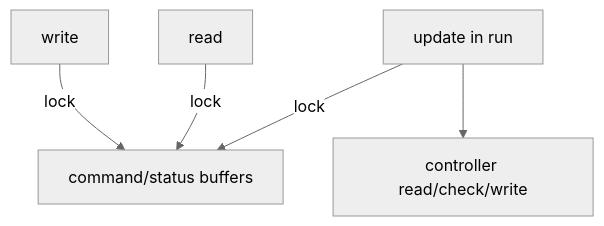
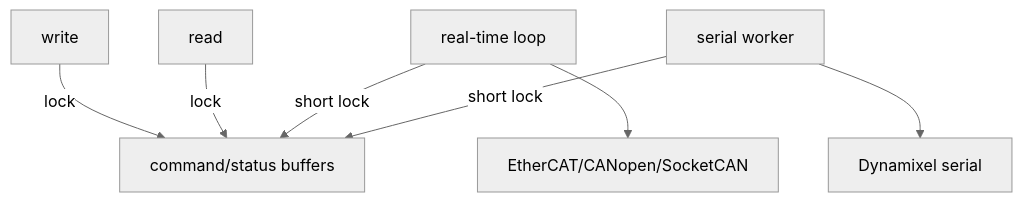
One commit to SeonilChoi/MOTOR-MANAGER changed the second of 2 diagrams in motor_manager/README.md. Above: the diagram before and after it, drawn with Mermaid (neutral theme). The commit also changed other lines of this file and 96 other files, not shown here.

````diff
--- a/motor_manager/README.md
+++ b/motor_manager/README.md
@@ -133,7 +138,9 @@
 ```mermaid
 flowchart TB
   W[write] -->|lock| BUF[command/status buffers]
   R[read] -->|lock| BUF
-  U[update in run] -->|lock| BUF
-  U --> BUS[controller read/check/write]
+  RT[real-time loop] -->|short lock| BUF
+  SER[serial worker] -->|short lock| BUF
+  RT --> FIELDBUS[EtherCAT/CANopen/SocketCAN]
+  SER --> DXL[Dynamixel serial]
 ```
````
